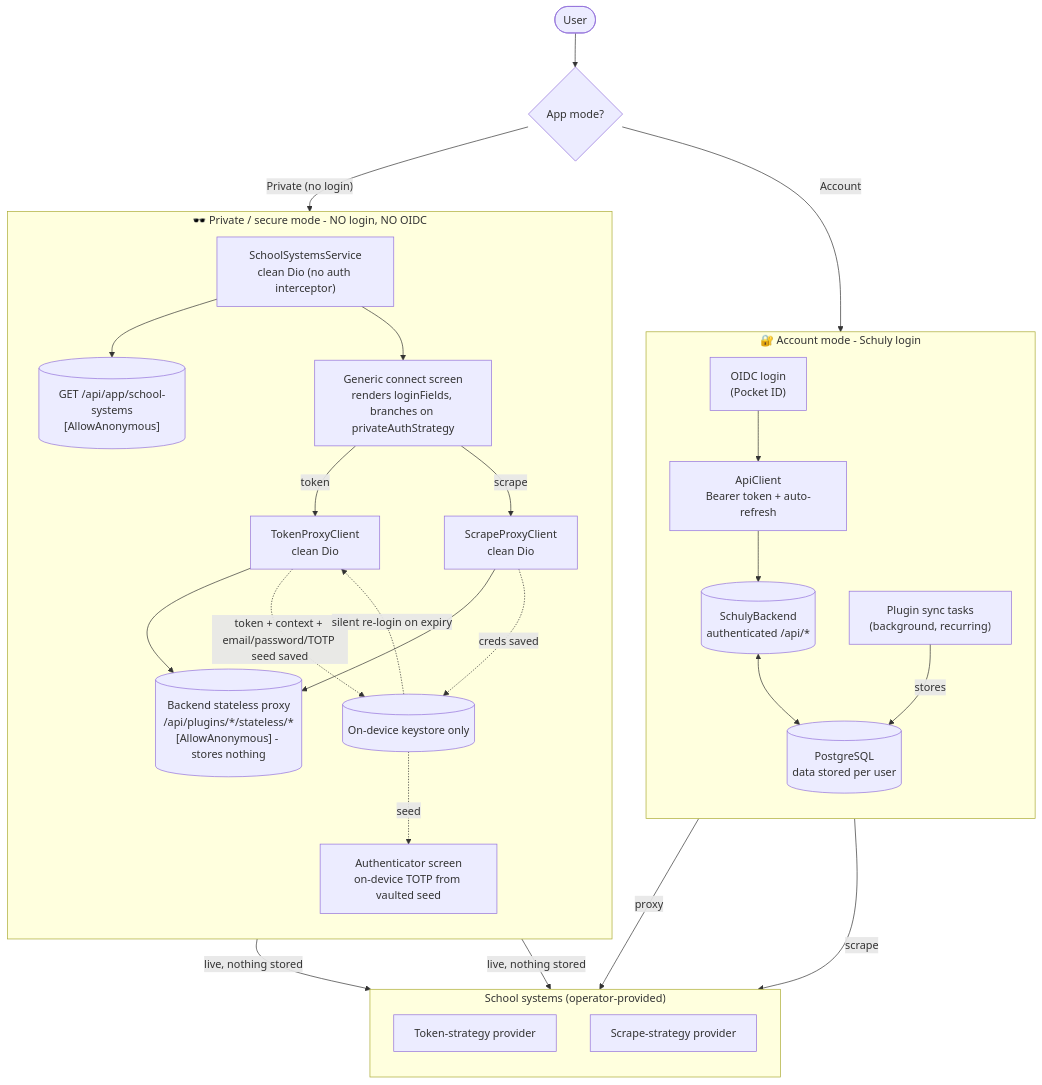
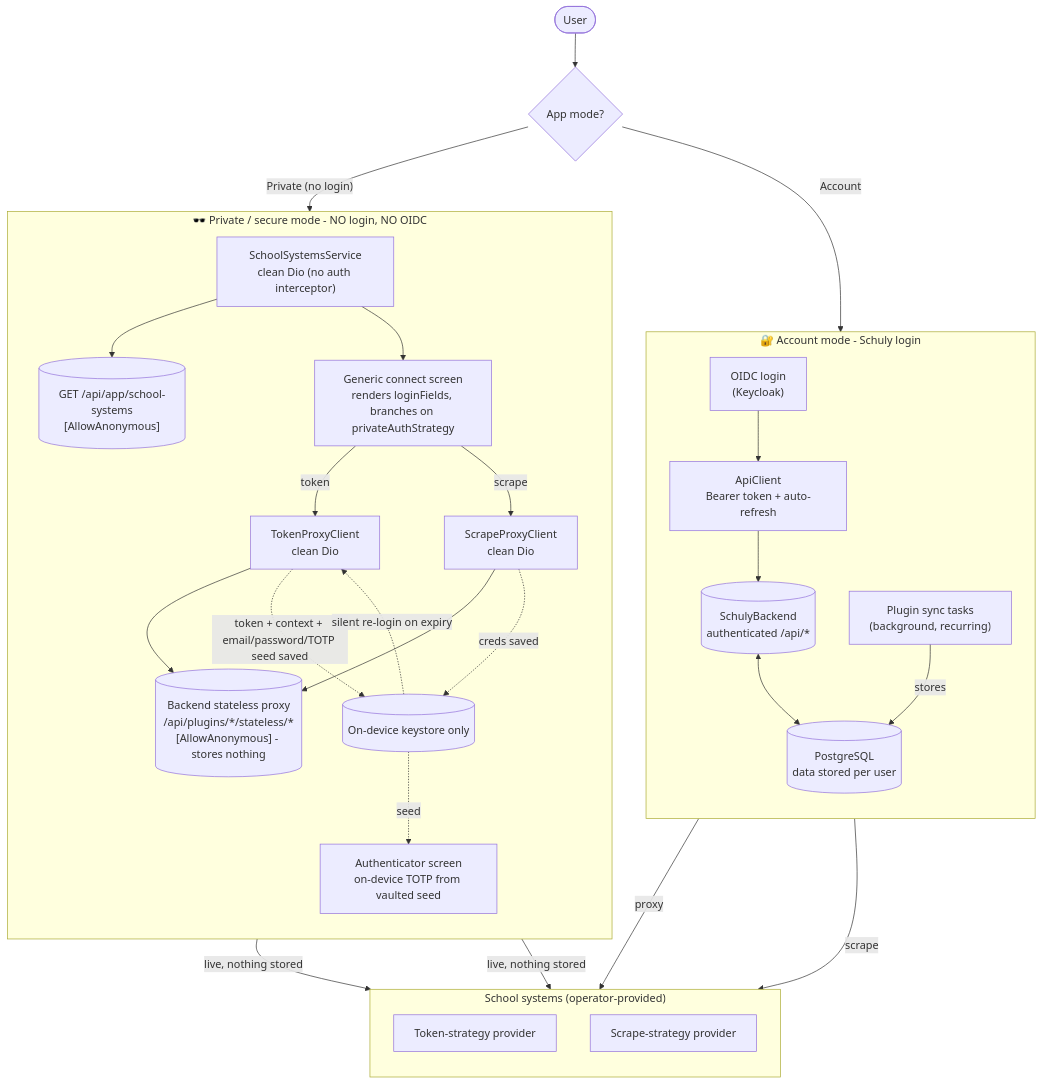
One commit to schulydev/SchulyDocs changed the diagram in docs/Schuly/architecture-modes.md. Above: the diagram before and after it, drawn with Mermaid. The commit also changed other lines of this file, not shown here.

Commit message:
Synced docs from Schuly@400b2cb (#21)

````diff
--- a/docs/Schuly/architecture-modes.md
+++ b/docs/Schuly/architecture-modes.md
@@ -8,53 +8,53 @@
 ```mermaid
 flowchart TB
   User(["User"])
   User --> Gate{"App mode?"}
 
   Gate -->|"Account"| Login
   Gate -->|"Private (no login)"| Catalog
 
   subgraph ACCOUNT["🔐 Account mode - Schuly login"]
     direction TB
-    Login["OIDC login<br/>(Pocket ID)"]
+    Login["OIDC login<br/>(Keycloak)"]
     ApiClient["ApiClient<br/>Bearer token + auto-refresh"]
     Backend[("SchulyBackend<br/>authenticated /api/*")]
     DB[("PostgreSQL<br/>data stored per user")]
     Sync["Plugin sync tasks<br/>(background, recurring)"]
     Login --> ApiClient --> Backend
     Backend <--> DB
     Sync -->|"stores"| DB
   end
 
   subgraph PRIVATE["🕶️ Private / secure mode - NO login, NO OIDC"]
     direction TB
     Catalog["SchoolSystemsService<br/>clean Dio (no auth interceptor)"]
     AnonCat[("GET /api/app/school-systems<br/>[AllowAnonymous]")]
     Connect["Generic connect screen<br/>renders loginFields, branches on privateAuthStrategy"]
     TP["TokenProxyClient<br/>clean Dio"]
     SP["ScrapeProxyClient<br/>clean Dio"]
     Stateless[("Backend stateless proxy<br/>/api/plugins/*/stateless/*<br/>[AllowAnonymous] - stores nothing")]
     Keystore[("On-device keystore only")]
     Auth["Authenticator screen<br/>on-device TOTP from vaulted seed"]
     Catalog --> AnonCat
     Catalog --> Connect
     Connect -->|"token"| TP
     Connect -->|"scrape"| SP
     TP --> Stateless
     SP --> Stateless
     TP -.->|"token + context + email/password/TOTP seed saved"| Keystore
     SP -.->|"creds saved"| Keystore
     Keystore -.->|"seed"| Auth
     Keystore -.->|"silent re-login on expiry"| TP
   end
 
   subgraph SOURCES["School systems (operator-provided)"]
     direction TB
     TokenProvider["Token-strategy provider"]
     ScrapeProvider["Scrape-strategy provider"]
   end
 
   Sync -->|"proxy"| TokenProvider
   Sync -->|"scrape"| ScrapeProvider
   Stateless -->|"live, nothing stored"| TokenProvider
   Stateless -->|"live, nothing stored"| ScrapeProvider
 ```
````
